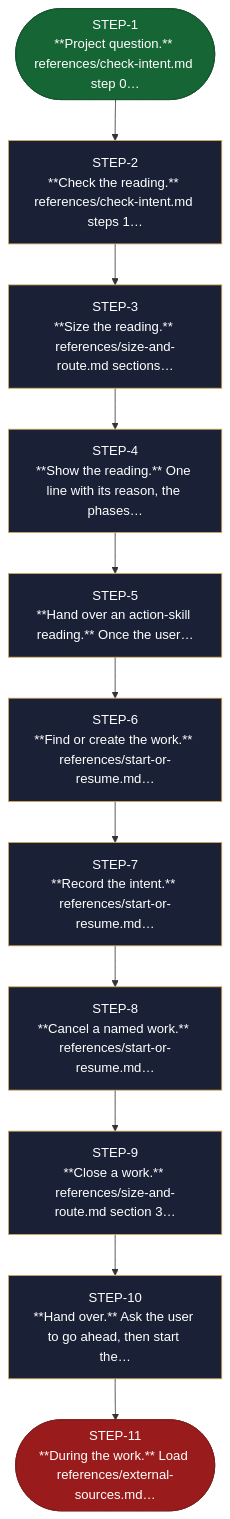
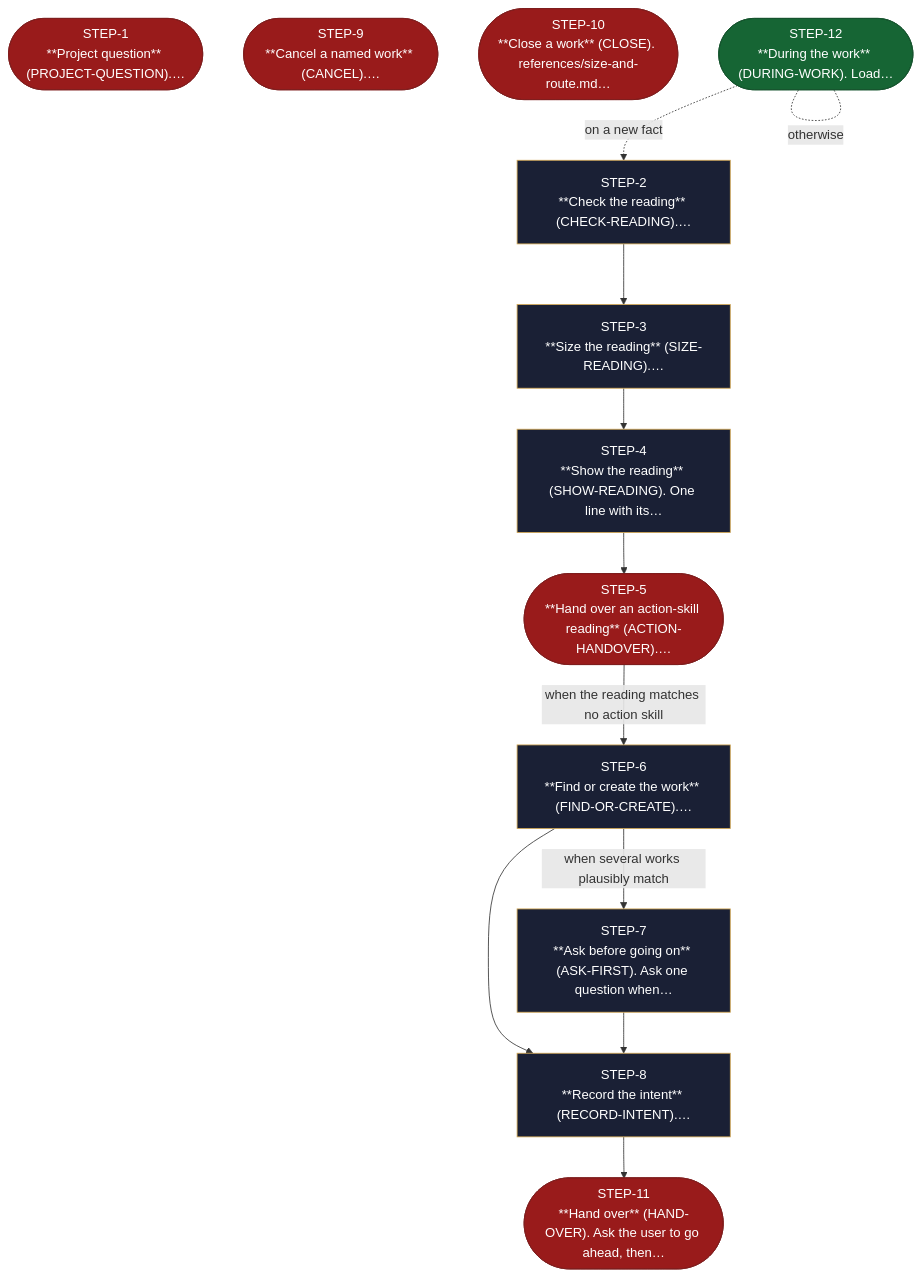
One commit to AndreVianna/aid-methodology changed the diagram in site/src/content/docs/skills/aid-orchestrate.md. Above: the diagram before and after it, drawn with Mermaid. The commit also changed other lines of this file and 195 other files, not shown here.

First line of the commit message:
delivery-002 review fix (cycle 1): sub-step pointers are notes, not advance lines; orchestrate under its line cap, question rule cited not restated; residual flow rungs read advance words; site regenerated; ledger rows marked Fixed (D3-11 left open)

````diff
--- a/site/src/content/docs/skills/aid-orchestrate.md
+++ b/site/src/content/docs/skills/aid-orchestrate.md
@@ -22,52 +22,55 @@
 ```mermaid
 flowchart TB
   classDef aidNode color:#fff
   classDef aidEntry fill:#166534,stroke:#14532d,color:#fff
   classDef aidExit fill:#991b1b,stroke:#7f1d1d,color:#fff
   classDef aidDecision fill:#92400e,stroke:#78350f,color:#fff
   classDef aidLoopBack fill:#1e3a8a,stroke:#1e3a8a,color:#fff
   classDef aidStep fill:#1a2035,stroke:#d4a853,color:#f1f5f9
-  n1(["STEP-1<br/>**Project question.** references/check-intent.md step 0…"])
-  n2["STEP-2<br/>**Check the reading.** references/check-intent.md steps 1…"]
-  n3["STEP-3<br/>**Size the reading.** references/size-and-route.md sections…"]
-  n4["STEP-4<br/>**Show the reading.** One line with its reason, the phases…"]
-  n5["STEP-5<br/>**Hand over an action-skill reading.** Once the user…"]
-  n6["STEP-6<br/>**Find or create the work.** references/start-or-resume.md…"]
-  n7["STEP-7<br/>**Record the intent.** references/start-or-resume.md…"]
-  n8["STEP-8<br/>**Cancel a named work.** references/start-or-resume.md…"]
-  n9["STEP-9<br/>**Close a work.** references/size-and-route.md section 3…"]
-  n10["STEP-10<br/>**Hand over.** Ask the user to go ahead, then start the…"]
-  n11(["STEP-11<br/>**During the work.** Load references/external-sources.md…"])
-  n1 --> n2
+  n1(["STEP-1<br/>**Project question** (PROJECT-QUESTION).…"])
+  n2["STEP-2<br/>**Check the reading** (CHECK-READING).…"]
+  n3["STEP-3<br/>**Size the reading** (SIZE-READING).…"]
+  n4["STEP-4<br/>**Show the reading** (SHOW-READING). One line with its…"]
+  n5(["STEP-5<br/>**Hand over an action-skill reading** (ACTION-HANDOVER).…"])
+  n6["STEP-6<br/>**Find or create the work** (FIND-OR-CREATE).…"]
+  n7["STEP-7<br/>**Ask before going on** (ASK-FIRST). Ask one question when…"]
+  n8["STEP-8<br/>**Record the intent** (RECORD-INTENT).…"]
+  n9(["STEP-9<br/>**Cancel a named work** (CANCEL).…"])
+  n10(["STEP-10<br/>**Close a work** (CLOSE). references/size-and-route.md…"])
+  n11(["STEP-11<br/>**Hand over** (HAND-OVER). Ask the user to go ahead, then…"])
+  n12(["STEP-12<br/>**During the work** (DURING-WORK). Load…"])
   n2 --> n3
   n3 --> n4
   n4 --> n5
-  n5 --> n6
-  n6 --> n7
+  n5 -->|"when the reading matches no action skill"| n6
+  n6 -->|"when several works plausibly match"| n7
+  n6 --> n8
   n7 --> n8
-  n8 --> n9
-  n9 --> n10
-  n10 --> n11
-  class n1 aidEntry
+  n8 --> n11
+  n12 -. "on a new fact" .-> n2
+  n12 -. "otherwise" .- n12
+  class n1 aidExit
   class n2 aidStep
   class n3 aidStep
   class n4 aidStep
-  class n5 aidStep
+  class n5 aidExit
   class n6 aidStep
   class n7 aidStep
   class n8 aidStep
-  class n9 aidStep
-  class n10 aidStep
+  class n9 aidExit
+  class n10 aidExit
   class n11 aidExit
+  class n12 aidEntry
   class n1 aidNode
   class n2 aidNode
   class n3 aidNode
   class n4 aidNode
   class n5 aidNode
   class n6 aidNode
   class n7 aidNode
   class n8 aidNode
   class n9 aidNode
   class n10 aidNode
   class n11 aidNode
+  class n12 aidNode
 ```
````
